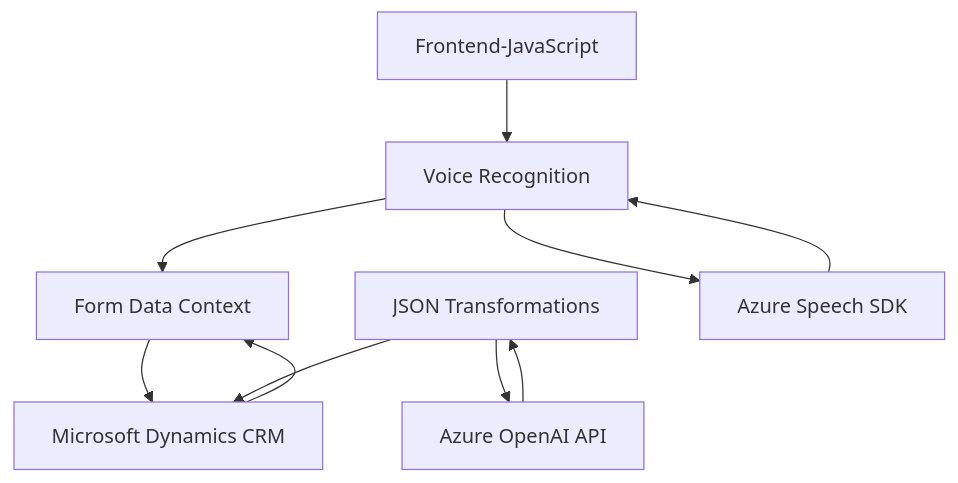
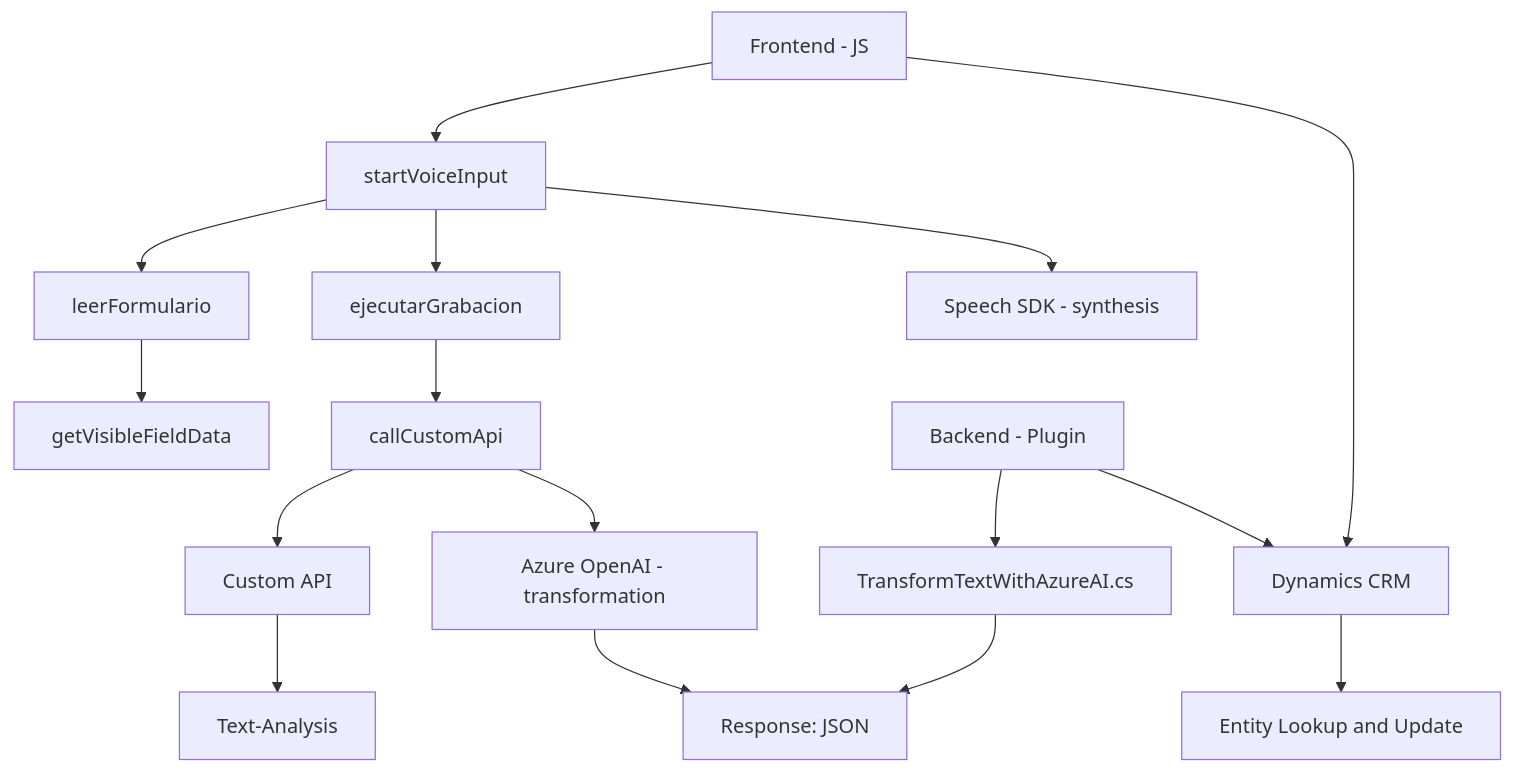
One commit to blopezdm/NETCORE_BILBAO2025 changed the diagram in README.md. Above: the diagram before and after it, drawn with Mermaid. The commit also changed other lines of this file, not shown here.

````diff
--- a/README.md
+++ b/README.md
@@ -42,18 +40,20 @@
 ```mermaid
 graph TD
-  A["Frontend-JavaScript"]
-  B["voiceInputHandler.js"]
-  C["readForm.js"]
-  D["Plugins-TransformTextWithAzureAI.cs"]
-  E["Microsoft Dynamics CRM"]
-  F["Azure Speech SDK"]
-  G["Azure OpenAI API"]
-  
-  A --> B --> F
-  B --> C --> E
-  D --> E
-  D --> G
-  G --> D["JSON Transformations"]
-  F --> B["Voice Recognition"]
-  E --> C["Form Data Context"]
+    A["Frontend - JS"] --> B["startVoiceInput"]
+    B --> C["leerFormulario"]
+    B --> D["ejecutarGrabacion"]
+    C --> E["getVisibleFieldData"]
+    D --> F["callCustomApi"]
+    F --> G["Custom API"]
+    B --> H["Speech SDK - synthesis"]
+    F --> I["Azure OpenAI - transformation"]
+    G --> J["Text-Analysis"]
+    I --> K["Response: JSON"]
+
+    L["Backend - Plugin"] --> M["TransformTextWithAzureAI.cs"]
+    M --> K
+    L --> N["Dynamics CRM"]
+    N --> O["Entity Lookup and Update"]
+
+    A --> N
 ```
````
